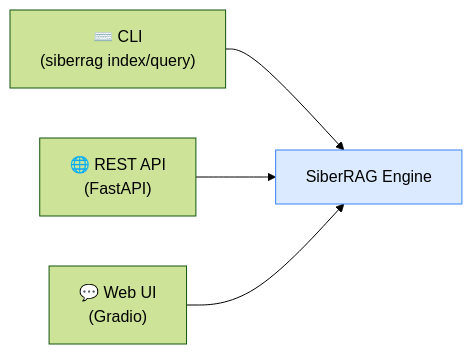
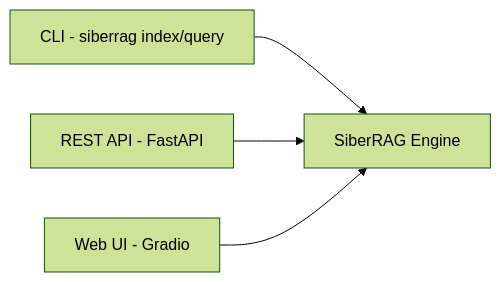
The third of 3 diagrams in README.md (candrapwr/siberrag), drawn with Mermaid (forest theme) before and after one commit. The commit also changed other lines of this file, not shown here.

````diff
--- a/README.md
+++ b/README.md
@@ -152,8 +145,6 @@
 ```mermaid
 graph LR
-    A["⌨️ CLI<br/>(siberrag index/query)"] --> D["SiberRAG Engine"]
-    B["🌐 REST API<br/>(FastAPI)"] --> D
-    C["💬 Web UI<br/>(Gradio)"] --> D
-
-    style D fill:#dbeafe,stroke:#3b82f6
+    A["CLI - siberrag index/query"] --> D[SiberRAG Engine]
+    B["REST API - FastAPI"] --> D
+    C["Web UI - Gradio"] --> D
 ```
````
